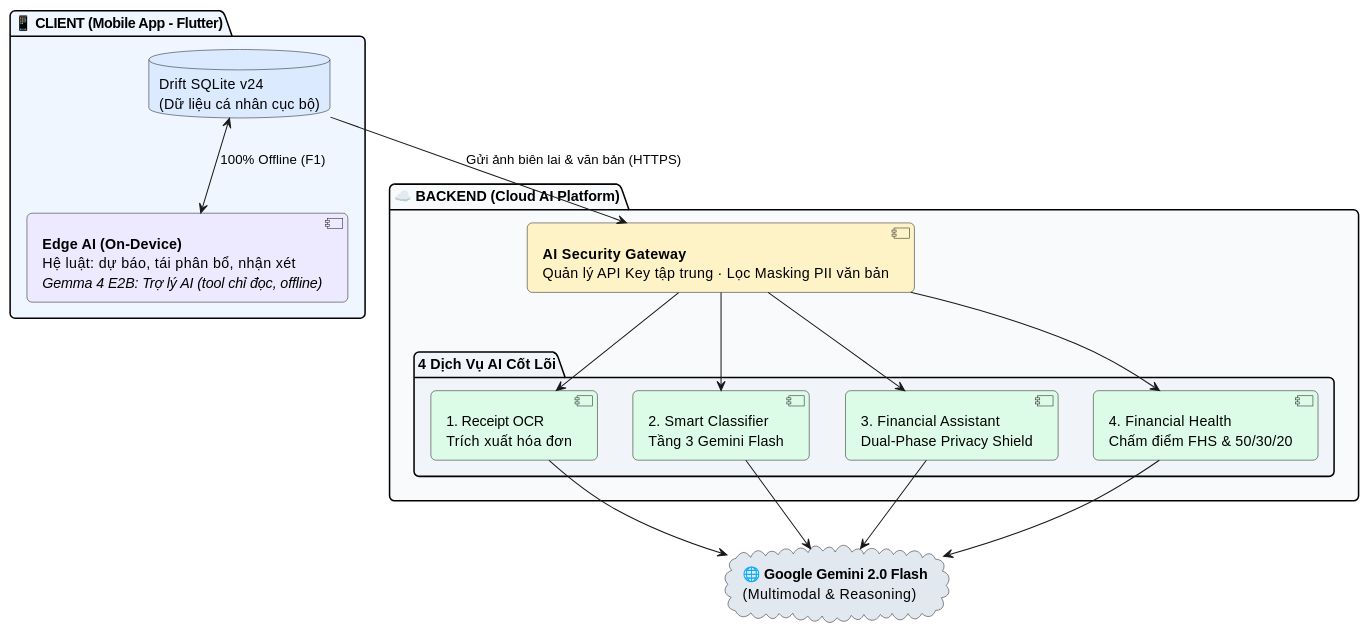
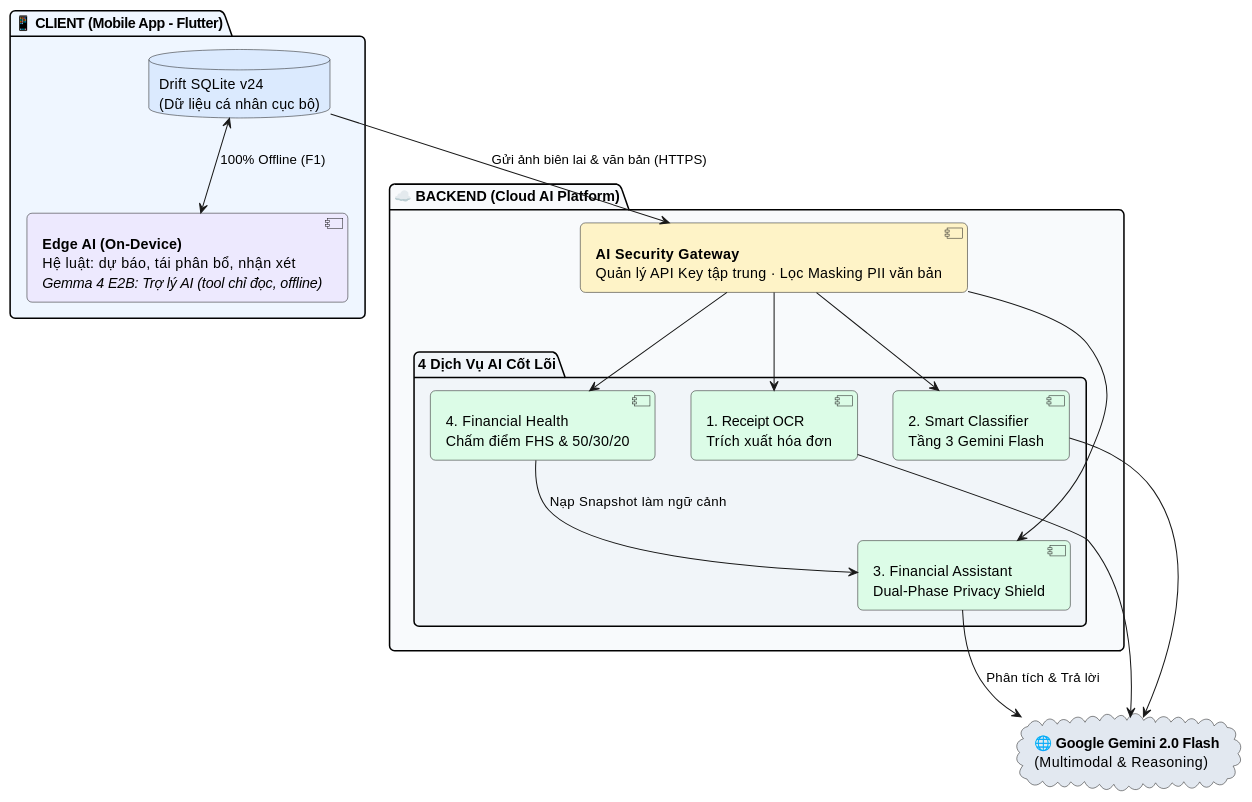
Before and after one commit to NguyenPhuBao/ManagementFinance: the second of 2 diagrams in docs/AI/AI_ARCHITECTURE_DIAGRAM.md, drawn with PlantUML. The commit also changed other lines of this file and 26 other files, not shown here.

````diff
--- a/docs/AI/AI_ARCHITECTURE_DIAGRAM.md
+++ b/docs/AI/AI_ARCHITECTURE_DIAGRAM.md
@@ -52,39 +52,39 @@
 ```plantuml
 @startuml
 skinparam backgroundColor #FFFFFF
 skinparam roundCorner 10
 skinparam defaultFontName Arial
 skinparam shadowing false
 
 package "📱 CLIENT (Mobile App - Flutter)" #EFF6FF {
   database "Drift SQLite v24\n(Dữ liệu cá nhân cục bộ)" as LocalDB #DBEAFE
   component "<b>Edge AI (On-Device)</b>\nHệ luật: dự báo, tái phân bổ, nhận xét\n<i>Gemma 4 E2B: Trợ lý AI (tool chỉ đọc, offline)</i>" as EdgeAI #EDE9FE
   LocalDB <--> EdgeAI : 100% Offline (F1)
 }
 
 package "☁️ BACKEND (Cloud AI Platform)" #F8FAFC {
   component "<b>AI Security Gateway</b>\nQuản lý API Key tập trung · Lọc Masking PII văn bản" as Gateway #FEF3C7
   
   package "4 Dịch Vụ AI Cốt Lõi" #F1F5F9 {
     [1. Receipt OCR\nTrích xuất hóa đơn] as OCR #DCFCE7
     [2. Smart Classifier\nTầng 3 Gemini Flash] as Classify #DCFCE7
     [3. Financial Assistant\nDual-Phase Privacy Shield] as Chat #DCFCE7
     [4. Financial Health\nChấm điểm FHS & 50/30/20] as Health #DCFCE7
   }
   
   Gateway --> OCR
   Gateway --> Classify
   Gateway --> Chat
   Gateway --> Health
 }
 
 cloud "<b>🌐 Google Gemini 2.0 Flash</b>\n(Multimodal & Reasoning)" as Gemini #E2E8F0
 
 LocalDB --> Gateway : Gửi ảnh biên lai & văn bản (HTTPS)
 OCR --> Gemini
 Classify --> Gemini
-Chat --> Gemini
-Health --> Gemini
+Health --> Chat : Nạp Snapshot làm ngữ cảnh
+Chat --> Gemini : Phân tích & Trả lời
 
 @enduml
 ```
````
